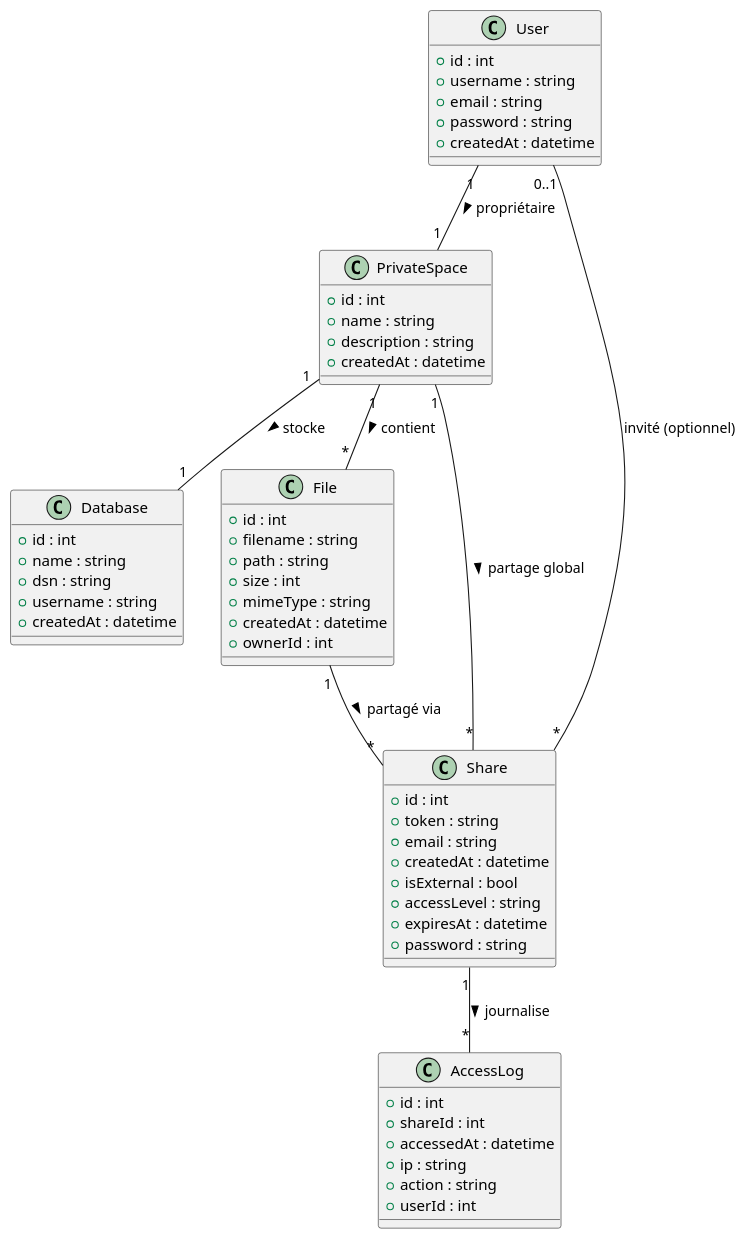
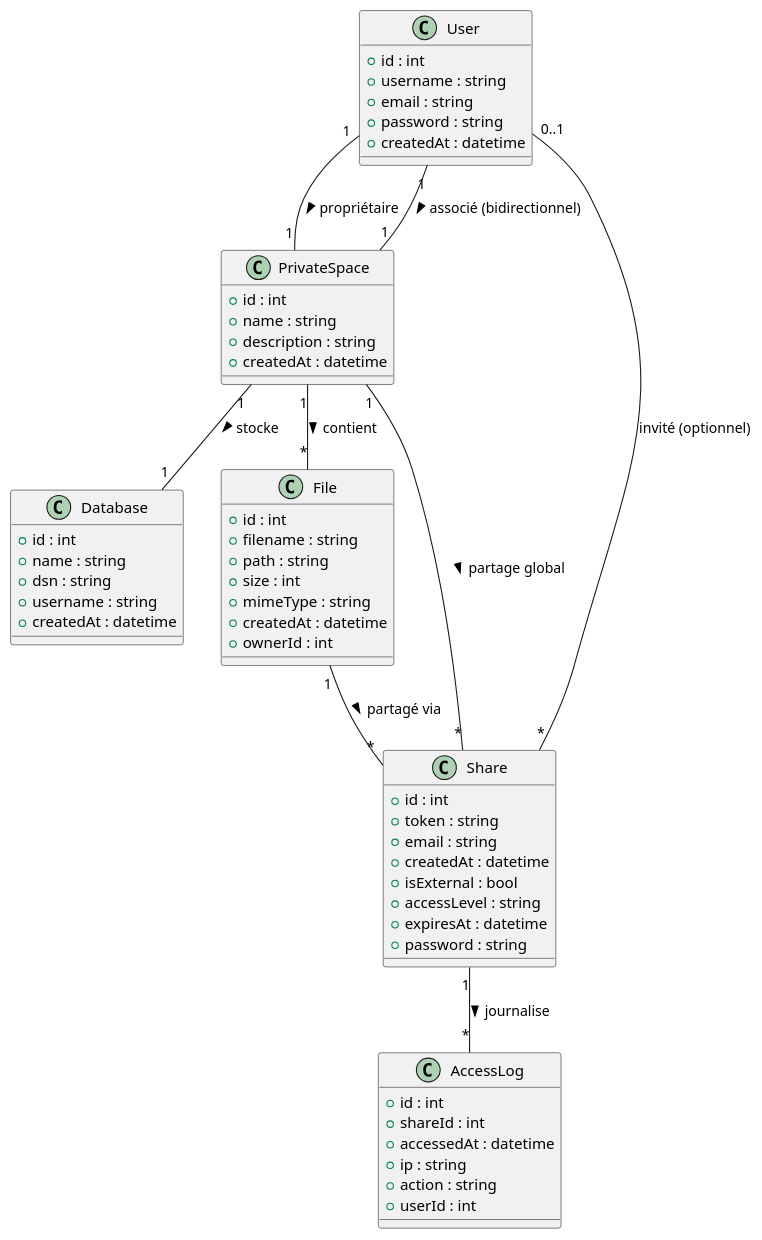
Before and after one commit to ronan-develop/home-cloud: the diagram in classes.puml, drawn with PlantUML. The commit also changed 5 other files, not shown here.

First line of the commit message:
✨ docs(diagramme+projet-context): ajout relation bidirectionnelle User <-> PrivateSpace

```diff
--- a/classes.puml
+++ b/classes.puml
@@ -1,72 +1,73 @@
 @startuml
 
 ' Diagramme de classes principal pour Home Cloud (particuliers, partage)
 
 class User {
   +id : int
   +username : string
   +email : string
   +password : string
   +createdAt : datetime
 }
 
 class PrivateSpace {
   +id : int
   +name : string
   +description : string
   +createdAt : datetime
 }
 
 class Database {
   +id : int
   +name : string
   +dsn : string
   +username : string
   +createdAt : datetime
 }
 
 class File {
   +id : int
   +filename : string
   +path : string
   +size : int
   +mimeType : string
   +createdAt : datetime
   +ownerId : int
 }
 
 class Share {
   +id : int
   +token : string
   +email : string
   +createdAt : datetime
   +isExternal : bool
   +accessLevel : string
   +expiresAt : datetime
   +password : string
 }
 
 class AccessLog {
   +id : int
   +shareId : int
   +accessedAt : datetime
   +ip : string
   +action : string
   +userId : int
 }
 
 ' Suppression de AccessRight (droit géré directement dans Share par accessLevel)
 
 User "1" -- "1" PrivateSpace : propriétaire >
+PrivateSpace "1" -- "1" User : < associé (bidirectionnel)
 PrivateSpace "1" -- "1" Database : stocke >
 PrivateSpace "1" -- "*" File : contient >
 File "1" -- "*" Share : partagé via >
 PrivateSpace "1" -- "*" Share : partage global >
 Share "*" -- "0..1" User : invité (optionnel)
 Share "1" -- "*" AccessLog : journalise >
 
 ' NOTE: Chaque PrivateSpace est associé à un sous-domaine dédié (multi-tenant applicatif)
 ' L'isolation des données est assurée par la détection du sous-domaine côté Symfony
 ' Un User possède un PrivateSpace, chaque PrivateSpace correspond à un sous-domaine
 
 @enduml
```
